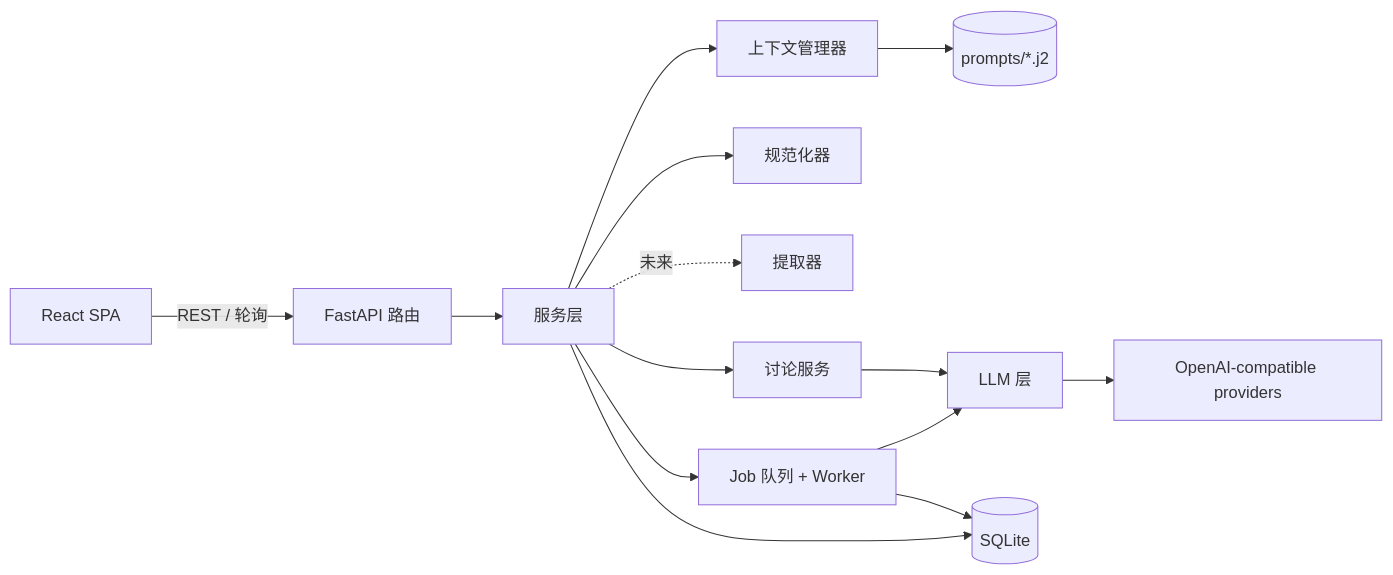
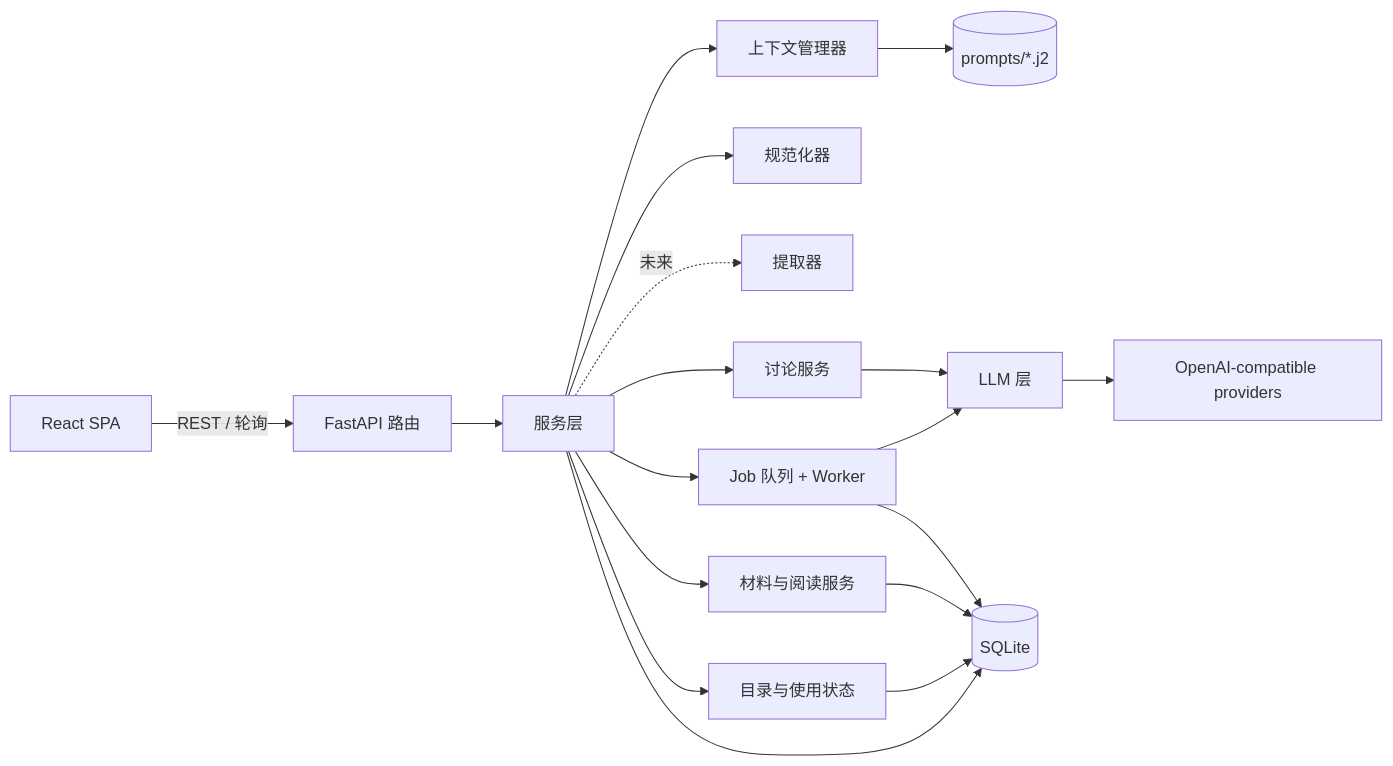
One commit to 5945ggh/folio-j changed the first of 3 diagrams in docs/ARCHITECTURE.md. Above: the diagram before and after it, drawn with Mermaid. The commit also changed other lines of this file and 17 other files, not shown here.

````diff
--- a/docs/ARCHITECTURE.md
+++ b/docs/ARCHITECTURE.md
@@ -8,16 +8,20 @@
 ```mermaid
 flowchart LR
   UI[React SPA] -- REST / 轮询 --> API[FastAPI 路由]
   API --> SVC[服务层]
   SVC --> CTX[上下文管理器]
   SVC --> NORM[规范化器]
   SVC -. 未来 .-> EXT[提取器]
   SVC --> CHAT[讨论服务]
   SVC --> JOBS[Job 队列 + Worker]
+  SVC --> MAT[材料与阅读服务]
+  SVC --> CAT[目录与使用状态]
   CTX --> PROMPTS[(prompts/*.j2)]
   JOBS --> LLM[LLM 层]
   CHAT --> LLM
   LLM --> PROV[OpenAI-compatible providers]
   SVC --> DB[(SQLite)]
   JOBS --> DB
+  MAT --> DB
+  CAT --> DB
 ```
````
